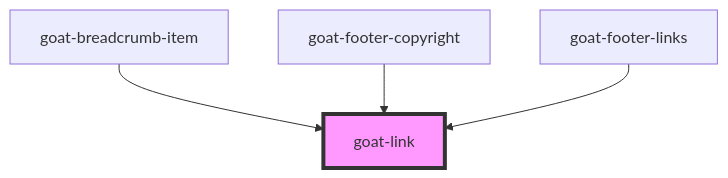
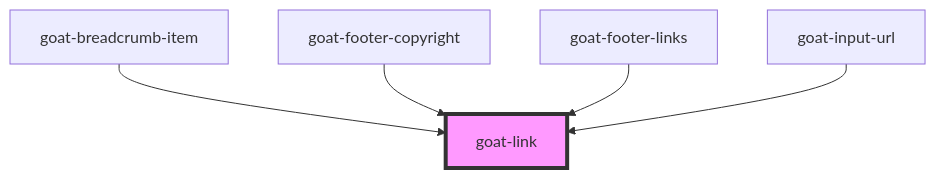
One commit to goatui/components changed the diagram in src/components/link/readme.md. Above: the diagram before and after it, drawn with Mermaid. The commit also changed other lines of this file and 22 other files, not shown here.

Commit message:
input url implementation

````diff
--- a/src/components/link/readme.md
+++ b/src/components/link/readme.md
@@ -38,7 +39,8 @@
 ```mermaid
 graph TD;
   goat-breadcrumb-item --> goat-link
   goat-footer-copyright --> goat-link
   goat-footer-links --> goat-link
+  goat-input-url --> goat-link
   style goat-link fill:#f9f,stroke:#333,stroke-width:4px
 ```
````
